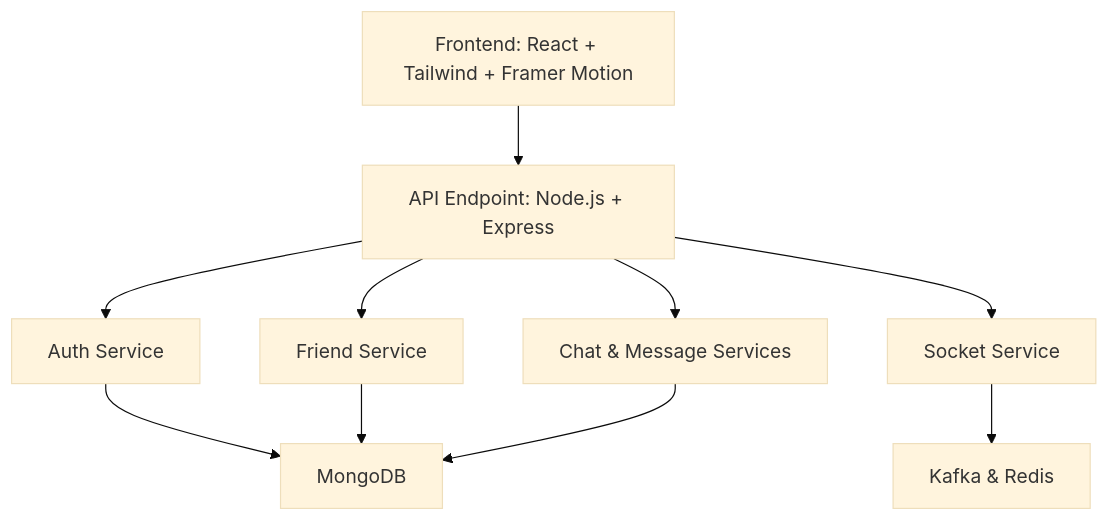
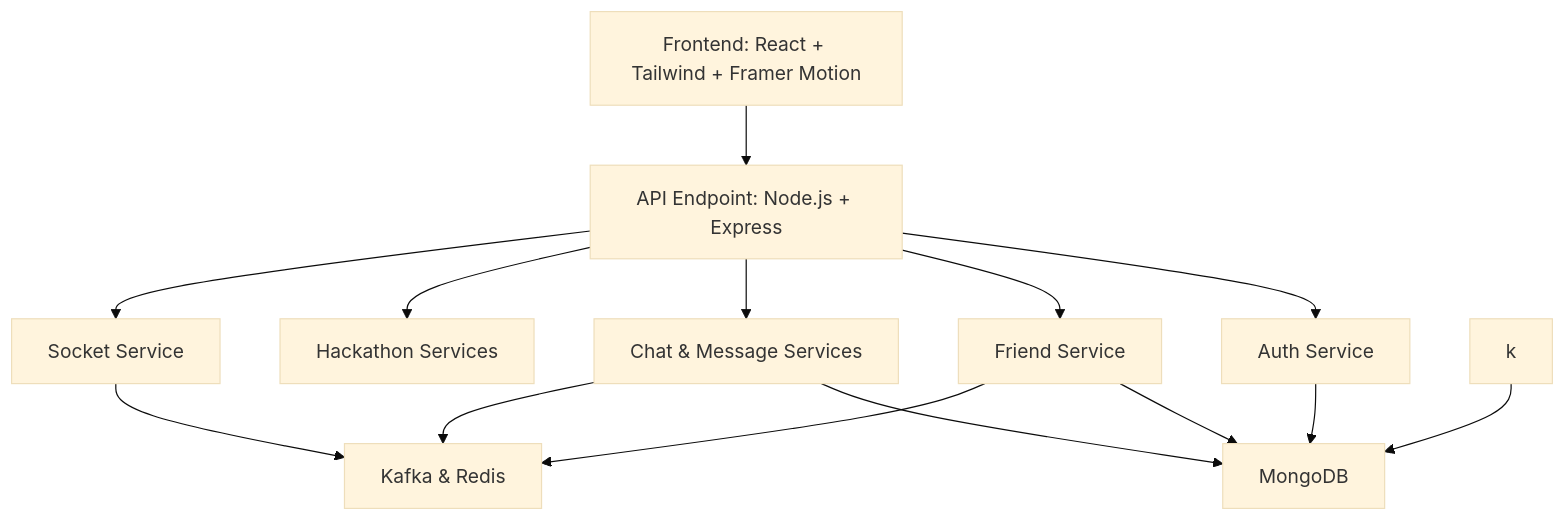
One commit to Raj-dev08/HackIT changed the diagram in README.md. Above: the diagram before and after it, drawn with Mermaid (base theme).

Commit message:
changed the graph a bit

````diff
--- a/README.md
+++ b/README.md
@@ -127,12 +127,16 @@
 ```mermaid
 graph TD
 A[Frontend: React + Tailwind + Framer Motion] --> B[API Endpoint: Node.js + Express]
 B --> C[Auth Service]
 B --> D[Friend Service]
 B --> E[Chat & Message Services]
+B --> K[Hackathon Services]
 B --> F[Socket Service]
 C --> G[MongoDB]
 D --> G
 E --> G
+k --> G
 F --> H[Kafka & Redis]
+D --> H
+E --> H
 ```
````
